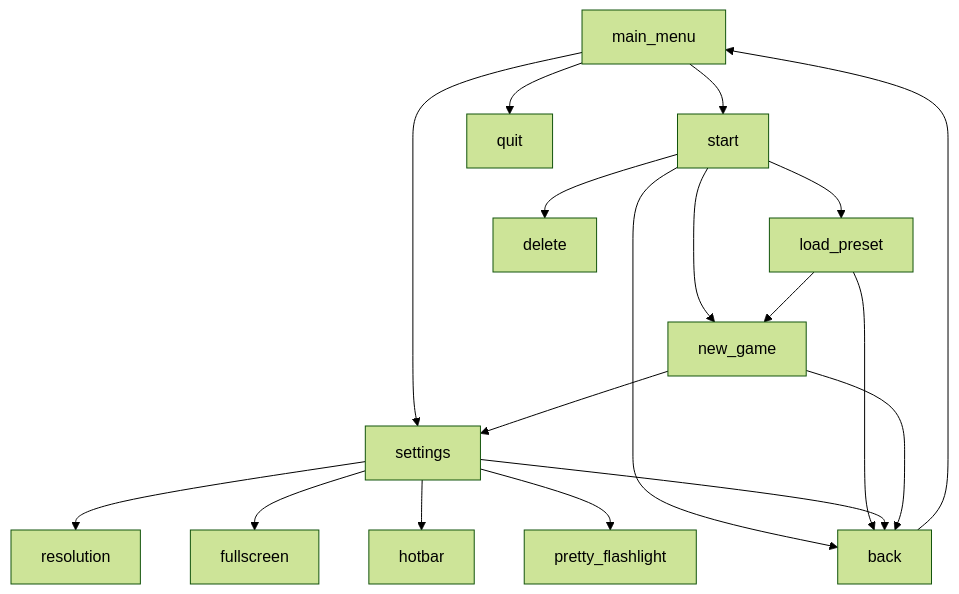
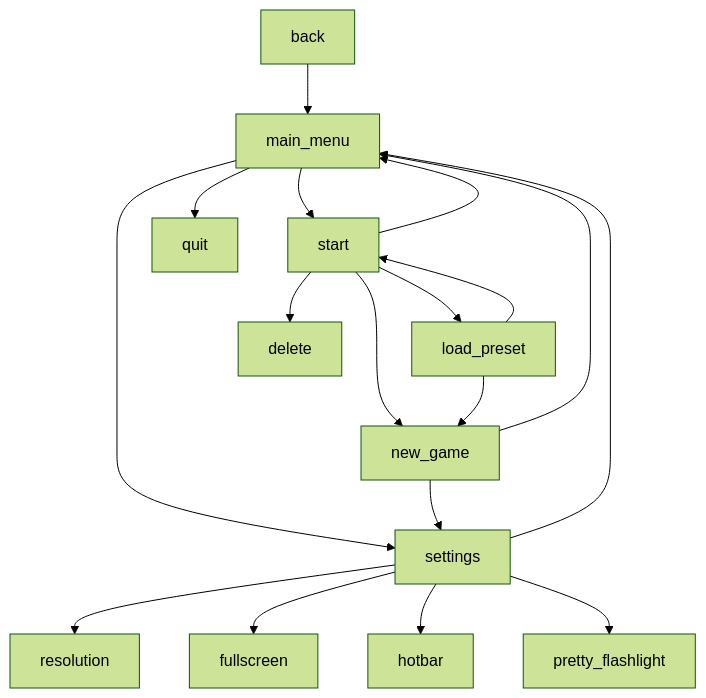
One commit to Hohenzoler/optyka changed the diagram in README.md. Above: the diagram before and after it, drawn with Mermaid (forest theme).

````diff
--- a/README.md
+++ b/README.md
@@ -63,20 +63,20 @@
 ```mermaid
 graph TD;
     main_menu-->start;
     main_menu-->settings;
     main_menu-->quit;
     start-->new_game;
     start-->load_preset;
     start-->delete;
-    start-->back;
+    start-->main_menu;
     back-->main_menu;
     load_preset-->new_game;
-    load_preset-->back;
+    load_preset-->start;
     settings-->resolution;
     settings-->fullscreen;
     settings-->hotbar;
     settings-->pretty_flashlight;
-    settings-->back;
+    settings-->main_menu;
     new_game-->settings;
-    new_game-->back;
+    new_game-->main_menu;
 ```
````
